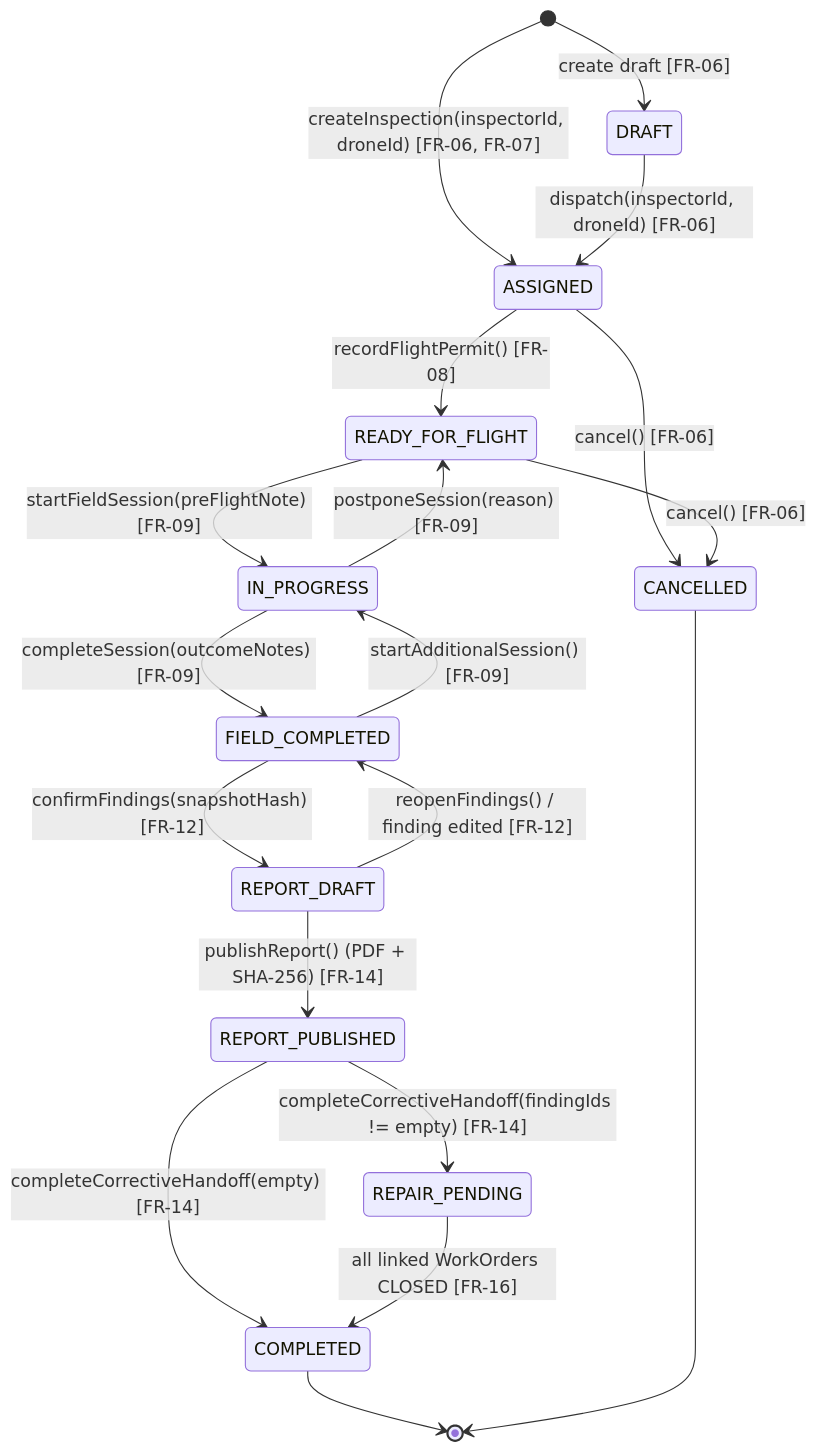
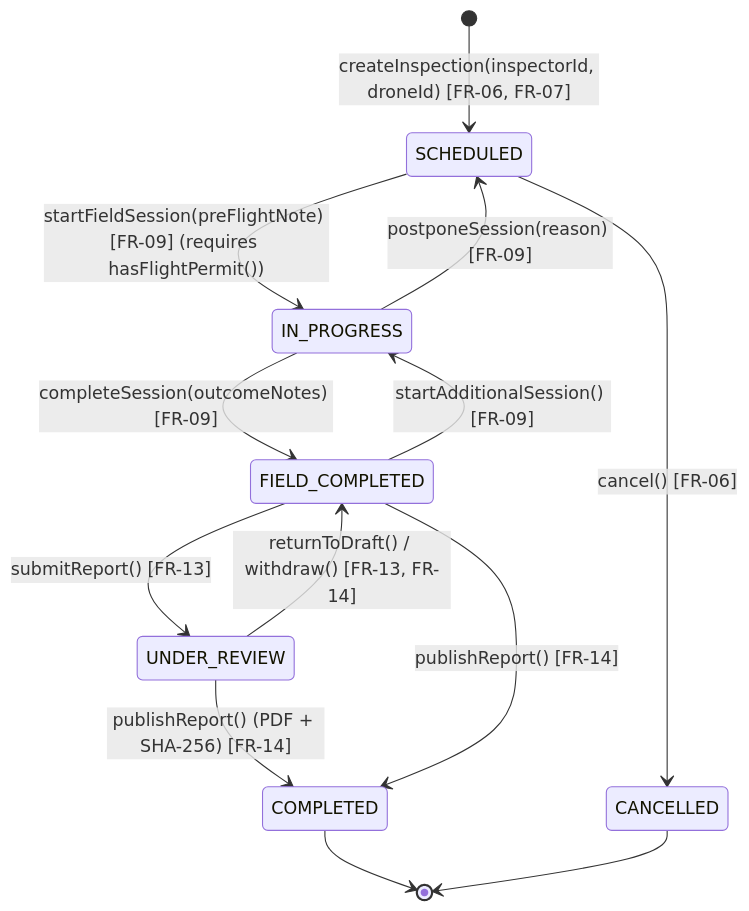
One commit to tungbach12/SmartDroneInspection-Docs changed the third of 5 diagrams in reports/report-4-software-design-document/02-database-design.md. Above: the diagram before and after it, drawn with Mermaid. The commit also changed other lines of this file and 1 other file, not shown here.

Commit message:
docs(database): streamline inspection lifecycle state machine and database design to 6 canonical states (#77)
- Update inspection state machine diagram and entity lifecycle table to 6 states: SCHEDULED, IN_PROGRESS, FIELD_COMPLETED, UNDER_REVIEW, COMPLETED, CANCELLED
- Document flight readiness via permit on file and report drafting in FIELD_COMPLETED

````diff
--- a/reports/report-4-software-design-document/02-database-design.md
+++ b/reports/report-4-software-design-document/02-database-design.md
@@ -623,23 +623,17 @@
 ```mermaid
 %% title: Inspection, FieldSession and InspectionReport State Machine Diagram
 stateDiagram-v2
   direction TB
-  [*] --> DRAFT : create draft [FR-06]
-  [*] --> ASSIGNED : createInspection(inspectorId, droneId) [FR-06, FR-07]
-  DRAFT --> ASSIGNED : dispatch(inspectorId, droneId) [FR-06]
-  ASSIGNED --> READY_FOR_FLIGHT : recordFlightPermit() [FR-08]
-  READY_FOR_FLIGHT --> IN_PROGRESS : startFieldSession(preFlightNote) [FR-09]
-  IN_PROGRESS --> READY_FOR_FLIGHT : postponeSession(reason) [FR-09]
+  [*] --> SCHEDULED : createInspection(inspectorId, droneId) [FR-06, FR-07]
+  SCHEDULED --> IN_PROGRESS : startFieldSession(preFlightNote) [FR-09] (requires hasFlightPermit())
+  IN_PROGRESS --> SCHEDULED : postponeSession(reason) [FR-09]
   IN_PROGRESS --> FIELD_COMPLETED : completeSession(outcomeNotes) [FR-09]
   FIELD_COMPLETED --> IN_PROGRESS : startAdditionalSession() [FR-09]
-  FIELD_COMPLETED --> REPORT_DRAFT : confirmFindings(snapshotHash) [FR-12]
-  REPORT_DRAFT --> FIELD_COMPLETED : reopenFindings() / finding edited [FR-12]
-  REPORT_DRAFT --> REPORT_PUBLISHED : publishReport() (PDF + SHA-256) [FR-14]
-  REPORT_PUBLISHED --> REPAIR_PENDING : completeCorrectiveHandoff(findingIds != empty) [FR-14]
-  REPORT_PUBLISHED --> COMPLETED : completeCorrectiveHandoff(empty) [FR-14]
-  REPAIR_PENDING --> COMPLETED : all linked WorkOrders CLOSED [FR-16]
-  ASSIGNED --> CANCELLED : cancel() [FR-06]
-  READY_FOR_FLIGHT --> CANCELLED : cancel() [FR-06]
+  FIELD_COMPLETED --> UNDER_REVIEW : submitReport() [FR-13]
+  UNDER_REVIEW --> FIELD_COMPLETED : returnToDraft() / withdraw() [FR-13, FR-14]
+  UNDER_REVIEW --> COMPLETED : publishReport() (PDF + SHA-256) [FR-14]
+  FIELD_COMPLETED --> COMPLETED : publishReport() [FR-14]
+  SCHEDULED --> CANCELLED : cancel() [FR-06]
   COMPLETED --> [*]
   CANCELLED --> [*]
 ```
````
